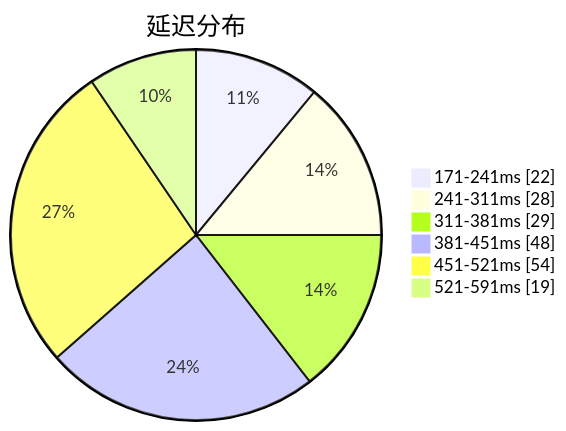
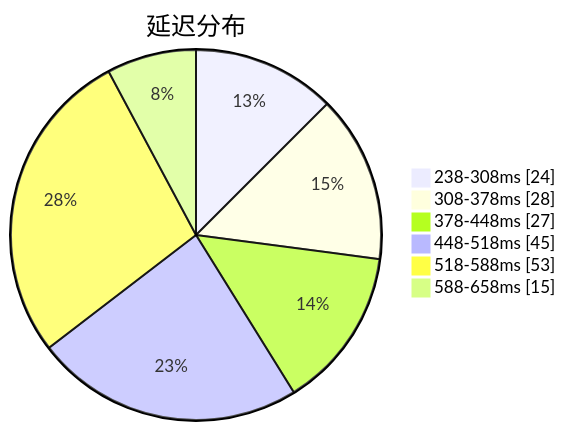
Before and after one commit to qjlxg/airport: the first of 3 diagrams in subs/statistics/tested_within.md, drawn with Mermaid. The commit also changed other lines of this file and 2 other files, not shown here.

````diff
--- a/subs/statistics/tested_within.md
+++ b/subs/statistics/tested_within.md
@@ -2,10 +2,10 @@
 ```mermaid
 pie showData
 title 延迟分布
-"171-241ms" : 22
-"241-311ms" : 28
-"311-381ms" : 29
-"381-451ms" : 48
-"451-521ms" : 54
-"521-591ms" : 19
+"238-308ms" : 24
+"308-378ms" : 28
+"378-448ms" : 27
+"448-518ms" : 45
+"518-588ms" : 53
+"588-658ms" : 15
 ```
````
